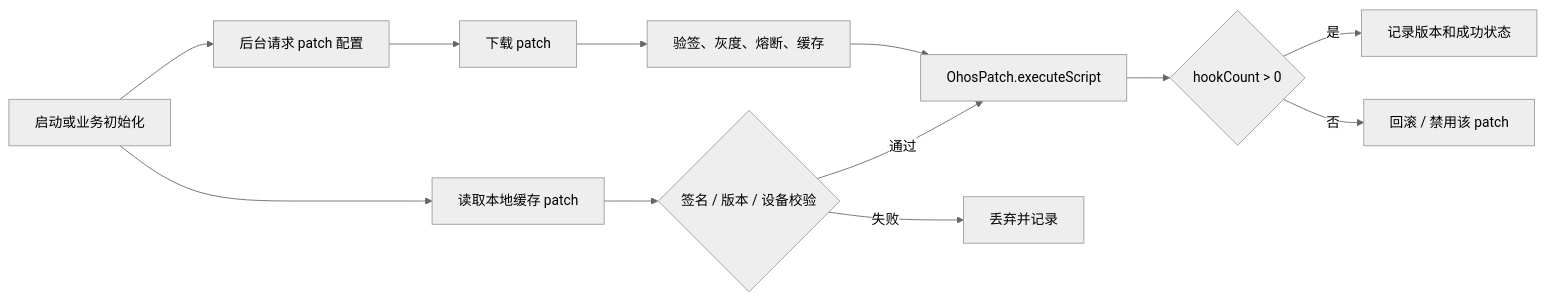
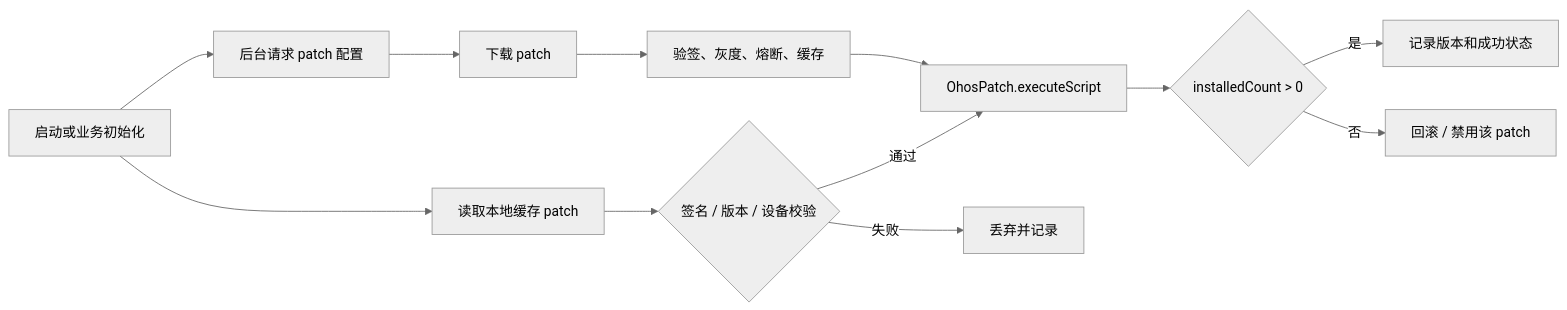
The fourth of 4 diagrams in README.md (rickytan/OhosPatch), drawn with Mermaid (neutral theme) before and after one commit. The commit also changed other lines of this file and 17 other files, not shown here.

````diff
--- a/README.md
+++ b/README.md
@@ -132,14 +132,14 @@
 ```mermaid
 graph LR
   A["启动或业务初始化"] --> B["读取本地缓存 patch"]
   B --> C{"签名 / 版本 / 设备校验"}
   C -->|通过| D["OhosPatch.executeScript"]
   C -->|失败| E["丢弃并记录"]
   A --> F["后台请求 patch 配置"]
   F --> G["下载 patch"]
   G --> H["验签、灰度、熔断、缓存"]
   H --> D
-  D --> I{"hookCount > 0"}
+  D --> I{"installedCount > 0"}
   I -->|是| J["记录版本和成功状态"]
   I -->|否| K["回滚 / 禁用该 patch"]
 ```
````
